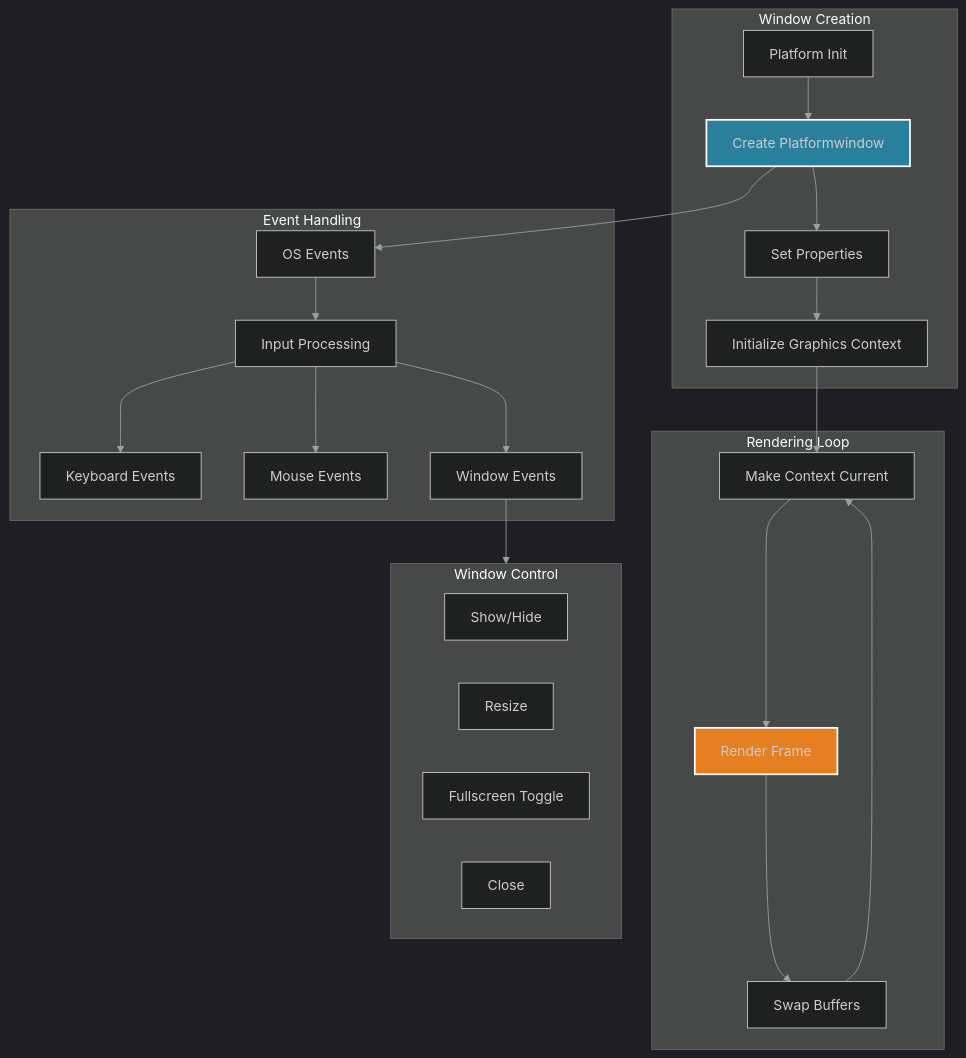
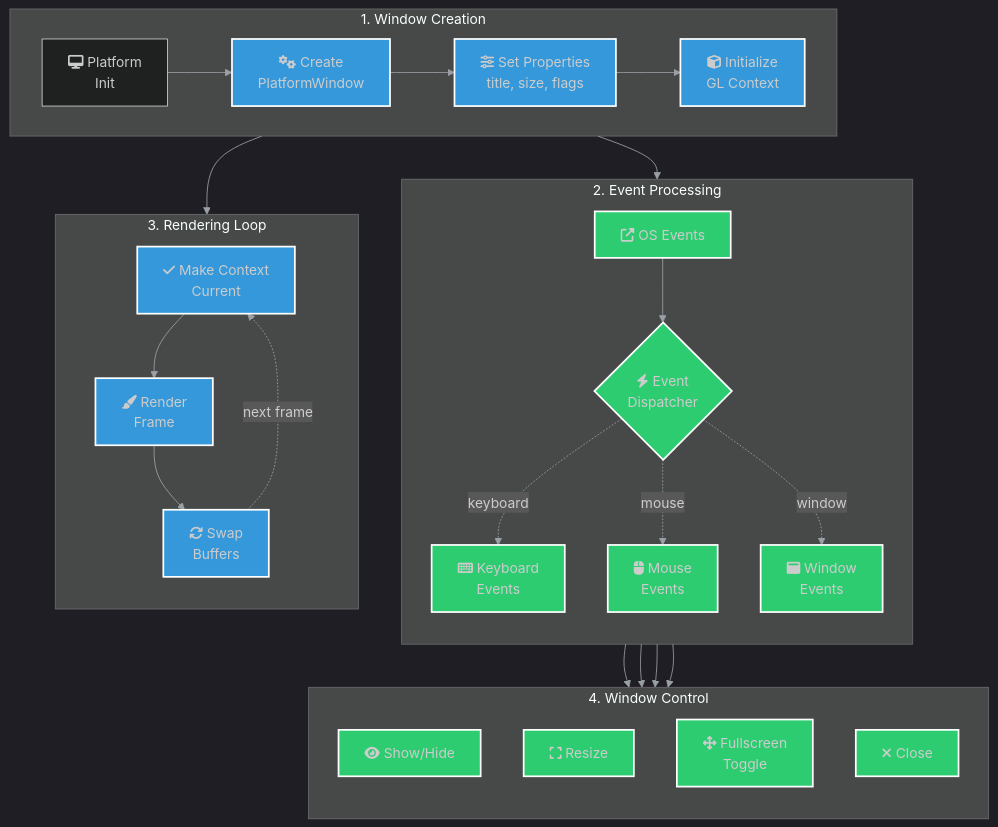
Before and after one commit to lukaszj321/otcv8-dev: the diagram in docs/authoring/01_core/api/cpp/framework/diagrams/platformwindow.mmd, drawn with Mermaid. The commit also changed 5 other files, not shown here.

First line of the commit message:
docs(diagrams): redesign 6 more diagrams with architectural layer system

```diff
--- a/docs/authoring/01_core/api/cpp/framework/diagrams/platformwindow.mmd
+++ b/docs/authoring/01_core/api/cpp/framework/diagrams/platformwindow.mmd
@@ -1,34 +1,43 @@
 %%{init: {'theme':'dark','themeVariables': {'primaryTextColor':'#ddd','lineColor':'#9aa0a6'},'securityLevel':'loose'}}%%
 graph TD
-    subgraph Creation["Window Creation"]
-        A[Platform Init] --> B[Create Platformwindow]
-        B --> C[Set Properties]
-        C --> D[Initialize Graphics Context]
+    subgraph Creation["1. Window Creation"]
+        direction LR
+        A["fa:fa-desktop Platform<br/>Init"] --> B["fa:fa-cogs Create<br/>PlatformWindow"]
+        B --> C["fa:fa-sliders Set Properties<br/>title, size, flags"]
+        C --> D["fa:fa-cube Initialize<br/>GL Context"]
     end
 
-    subgraph Events["Event Handling"]
-        E[OS Events] --> F[Input Processing]
-        F --> G[Keyboard Events]
-        F --> H[Mouse Events]
-        F --> I[Window Events]
+    subgraph Events["2. Event Processing"]
+        direction TB
+        E["fa:fa-external-link-alt OS Events"] --> F{"fa:fa-bolt Event<br/>Dispatcher"}
+        F -.keyboard.-> G["fa:fa-keyboard Keyboard<br/>Events"]
+        F -.mouse.-> H["fa:fa-mouse Mouse<br/>Events"]
+        F -.window.-> I["fa:fa-window-maximize Window<br/>Events"]
     end
 
-    subgraph Rendering["Rendering Loop"]
-        D --> J[Make Context Current]
-        J --> K[Render Frame]
-        K --> L[Swap Buffers]
-        L --> J
+    subgraph Rendering["3. Rendering Loop"]
+        direction TB
+        D --> J["fa:fa-check Make Context<br/>Current"]
+        J --> K["fa:fa-paint-brush Render<br/>Frame"]
+        K --> L["fa:fa-sync Swap<br/>Buffers"]
+        L -.next frame.-> J
     end
 
-    subgraph Control["Window Control"]
-        M[Show/Hide]
-        N[Resize]
-        O[Fullscreen Toggle]
-        P[Close]
+    subgraph Control["4. Window Control"]
+        direction TB
+        I --> M["fa:fa-eye Show/Hide"]
+        I --> N["fa:fa-expand Resize"]
+        I --> O["fa:fa-arrows-alt Fullscreen<br/>Toggle"]
+        I --> P["fa:fa-times Close"]
     end
 
+    %% Connect sections
     B --> E
-    I --> Control
-
-    style B fill:#2a7f9c,stroke:#fff,stroke-width:2px
-    style K fill:#e67e22,stroke:#fff,stroke-width:2px
+    
+    %% Architectural Layer Colors
+    classDef core fill:#3498db,stroke:#fff,stroke-width:2px
+    classDef subsystem fill:#2ecc71,stroke:#fff,stroke-width:2px
+    
+    %% Apply styles
+    class B,C,D,J,K,L core
+    class E,F,G,H,I,M,N,O,P subsystem
```
